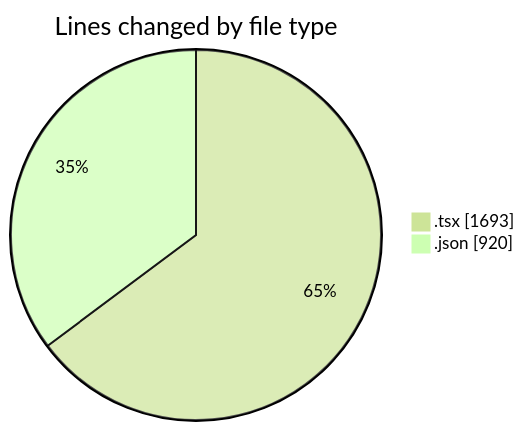
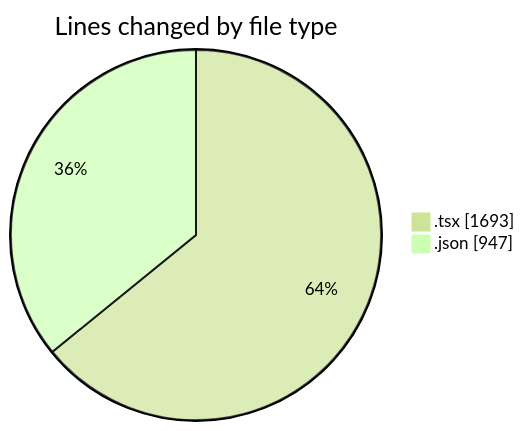
One commit to EIIisD/code-tracking changed the first of 2 diagrams in 2025-08-13/ribbon/README.md. Above: the diagram before and after it, drawn with Mermaid (forest theme). The commit also changed other lines of this file and 1 other file, not shown here.

````diff
--- a/2025-08-13/ribbon/README.md
+++ b/2025-08-13/ribbon/README.md
@@ -29,6 +29,6 @@
 ```mermaid
 pie showData
 title Lines changed by file type
 ".tsx" : 1693
-".json" : 920
+".json" : 947
 ```
````
